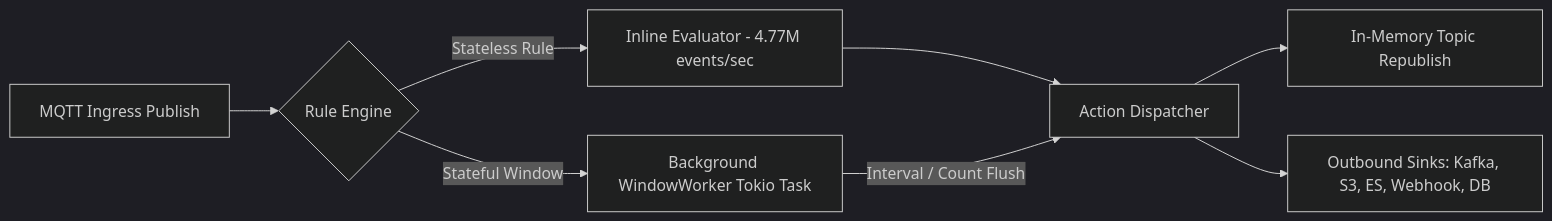
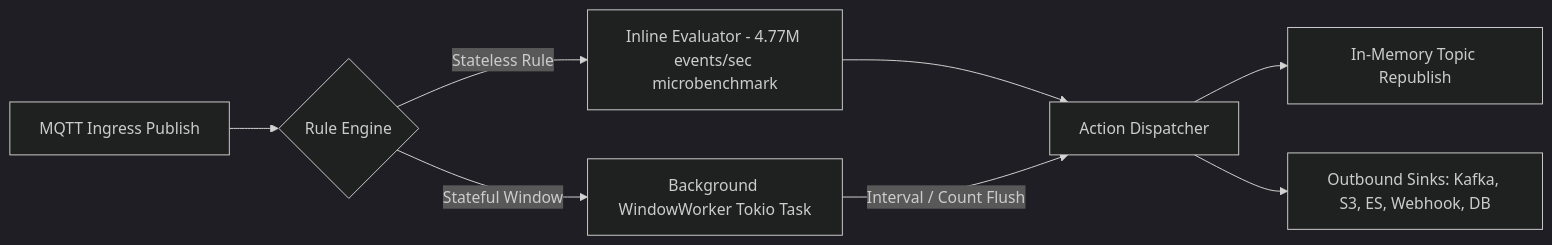
The third of 3 diagrams in ARCHITECTURE.md (ankur-paan/indramqtt), drawn with Mermaid (dark theme) before and after one commit. The commit also changed other lines of this file and 43 other files, not shown here.

````diff
--- a/ARCHITECTURE.md
+++ b/ARCHITECTURE.md
@@ -120,12 +121,12 @@
 ```mermaid
 graph LR
     MQTT_PUB[MQTT Ingress Publish] --> EVAL{Rule Engine}
-    EVAL -->|Stateless Rule| HOTPATH[Inline Evaluator - 4.77M events/sec]
+    EVAL -->|Stateless Rule| HOTPATH[Inline Evaluator - 4.77M events/sec microbenchmark]
     EVAL -->|Stateful Window| WORKER[Background WindowWorker Tokio Task]
     
     HOTPATH --> DISPATCH[Action Dispatcher]
     WORKER -->|Interval / Count Flush| DISPATCH
 
     DISPATCH --> REPUBLISH[In-Memory Topic Republish]
     DISPATCH --> CONNECTORS[Outbound Sinks: Kafka, S3, ES, Webhook, DB]
 ```
````
